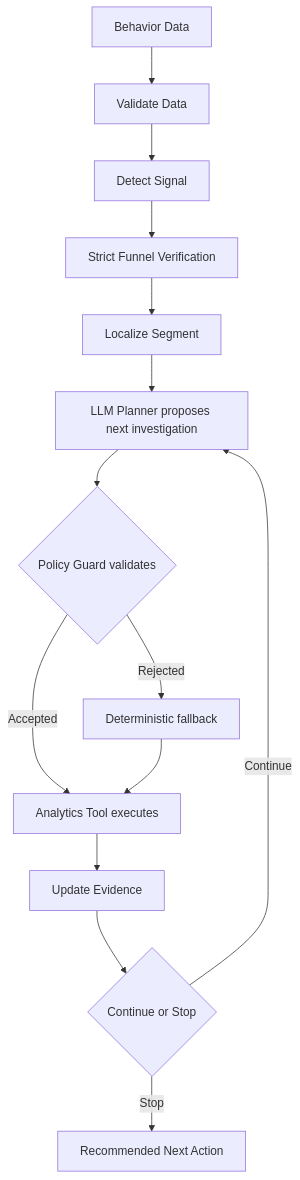
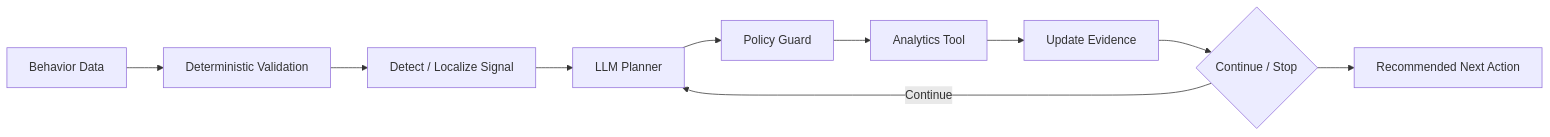
Before and after one commit to rui545699-lab/pulseops: the first of 2 diagrams in README.md, drawn with Mermaid. The commit also changed other lines of this file and 1 other file, not shown here.

````diff
--- a/README.md
+++ b/README.md
@@ -98,16 +108,12 @@
 ```mermaid
-flowchart TD
-    A[Behavior Data] --> B[Validate Data]
-    B --> C[Detect Signal]
-    C --> D[Strict Funnel Verification]
-    D --> E[Localize Segment]
-    E --> F[LLM Planner proposes next investigation]
-    F --> G{Policy Guard validates}
-    G -->|Accepted| H[Analytics Tool executes]
-    G -->|Rejected| I[Deterministic fallback]
-    I --> H
-    H --> J[Update Evidence]
-    J --> K{Continue or Stop}
-    K -->|Continue| F
-    K -->|Stop| L[Recommended Next Action]
+flowchart LR
+    A[Behavior Data] --> B[Deterministic Validation]
+    B --> C[Detect / Localize Signal]
+    C --> D[LLM Planner]
+    D --> E[Policy Guard]
+    E --> F[Analytics Tool]
+    F --> G[Update Evidence]
+    G --> H{Continue / Stop}
+    H --> I[Recommended Next Action]
+    H -->|Continue| D
 ```
````
